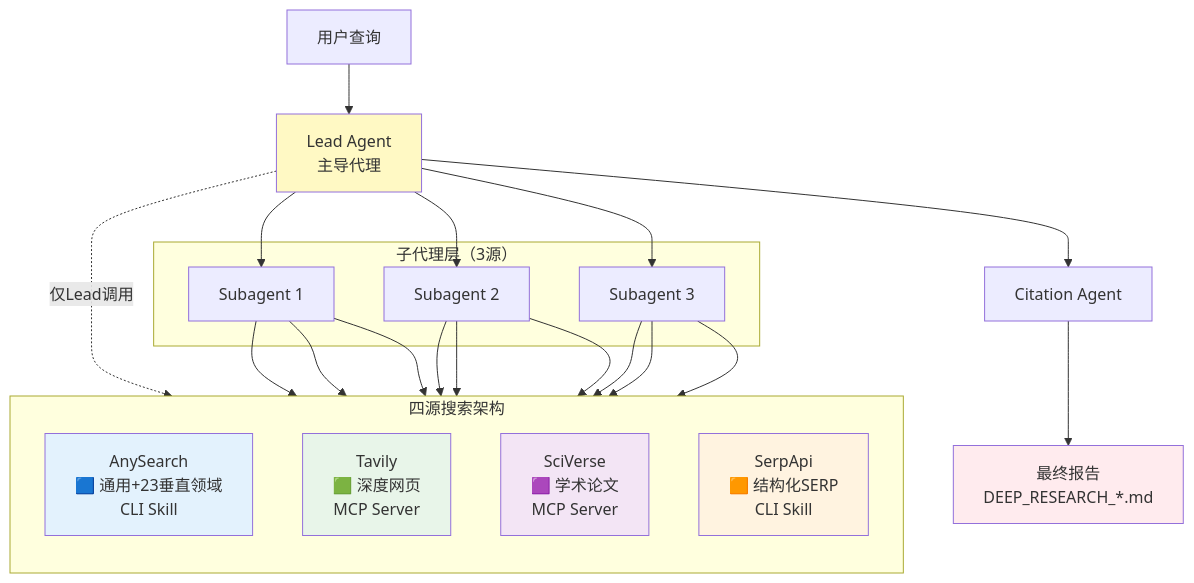
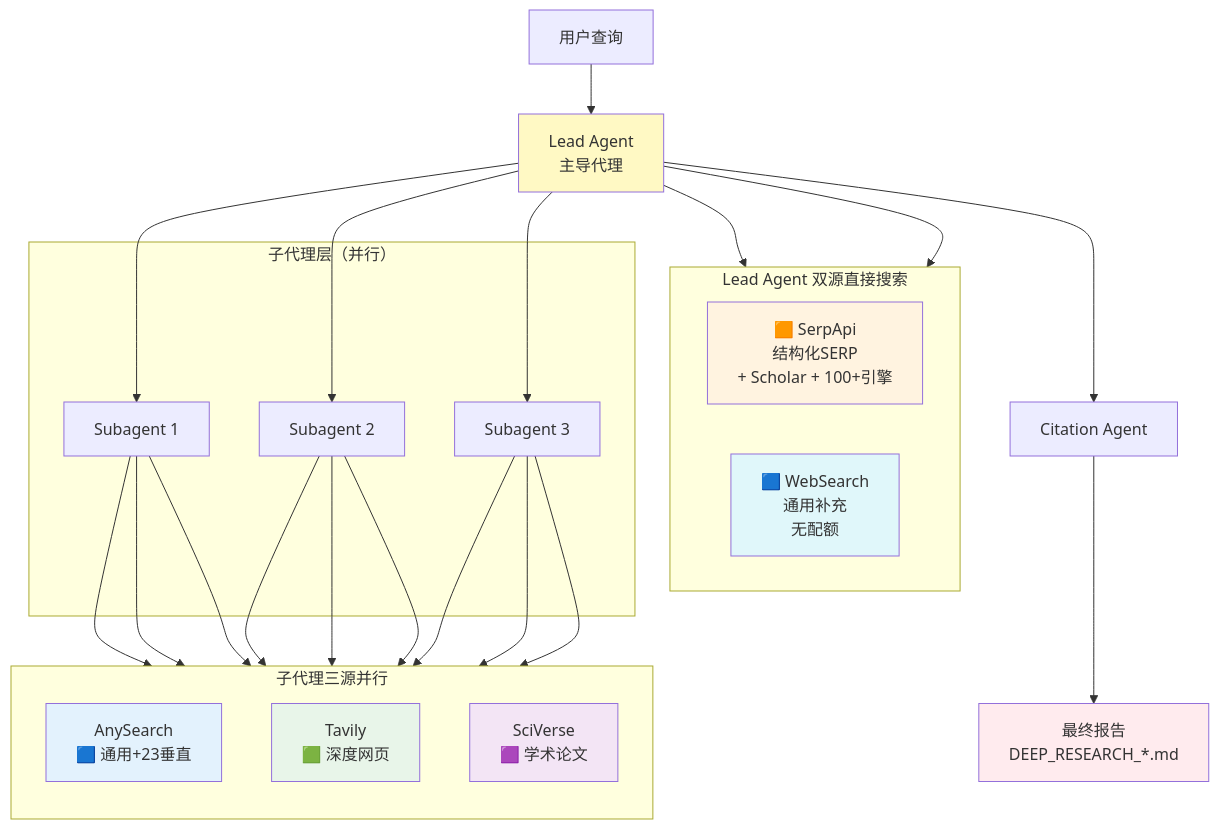
One commit to jefeerzhang/tri-research-skill changed the diagram in README.md. Above: the diagram before and after it, drawn with Mermaid. The commit also changed other lines of this file, not shown here.

Commit message:
docs: update README architecture diagram to show Lead Agent dual-source + subagent tri-source
- Mermaid diagram: Lead Agent (SerpApi + WebSearch) + Subagents (AnySearch + Tavily + SciVerse)
- Updated source table with '调用层' column
- Total: 5 sources across 2 layers (not 4 parallel)

````diff
--- a/README.md
+++ b/README.md
@@ -16,40 +16,44 @@
 ```mermaid
 graph TB
     User[用户查询]
     Lead[Lead Agent<br/>主导代理]
-    
-    subgraph FourSources["四源搜索架构"]
+
+    subgraph LeadSources["Lead Agent 双源直接搜索"]
+        direction LR
+        SP[🟧 SerpApi<br/>结构化SERP<br/>+ Scholar + 100+引擎]
+        WS[🟦 WebSearch<br/>通用补充<br/>无配额]
+    end
+
+    subgraph SubSources["子代理三源并行"]
         direction TB
-        AS[AnySearch<br/>🟦 通用+23垂直领域<br/>CLI Skill]
-        TV[Tavily<br/>🟩 深度网页<br/>MCP Server]
-        SV[SciVerse<br/>🟪 学术论文<br/>MCP Server]
-        SP[SerpApi<br/>🟧 结构化SERP<br/>CLI Skill]
+        AS[AnySearch<br/>🟦 通用+23垂直]
+        TV[Tavily<br/>🟩 深度网页]
+        SV[SciVerse<br/>🟪 学术论文]
     end
-    
-    subgraph Subs["子代理层（3源）"]
+
+    subgraph Subs["子代理层（并行）"]
         SA1[Subagent 1]
         SA2[Subagent 2]
         SA3[Subagent 3]
     end
-    
+
     Cit[Citation Agent]
     Report[最终报告<br/>DEEP_RESEARCH_*.md]
-    
+
     User --> Lead
-    Lead -.->|仅Lead调用| SP
-    Lead --> SA1
-    Lead --> SA2
-    Lead --> SA3
+    Lead --> SP & WS
+    Lead --> SA1 & SA2 & SA3
     SA1 --> AS & TV & SV
     SA2 --> AS & TV & SV
     SA3 --> AS & TV & SV
     Lead --> Cit
     Cit --> Report
-    
+
     style AS fill:#e3f2fd
     style TV fill:#e8f5e9
     style SV fill:#f3e5f5
     style SP fill:#fff3e0
+    style WS fill:#e0f7fa
     style Lead fill:#fff9c4
     style Report fill:#ffebee
 ```
````
